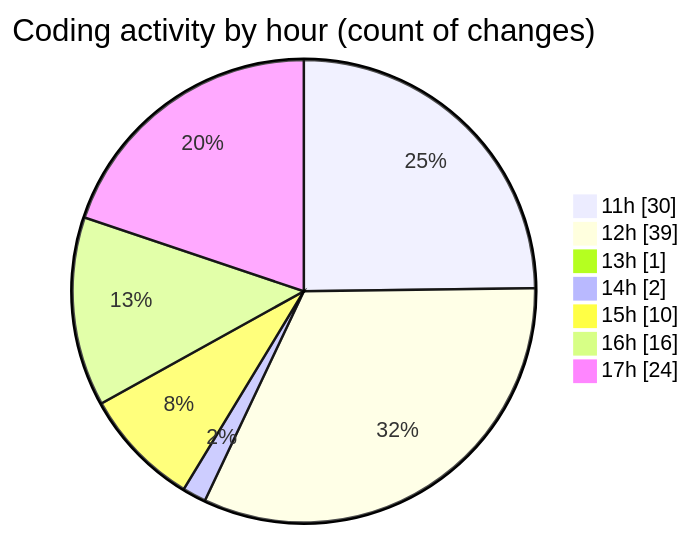
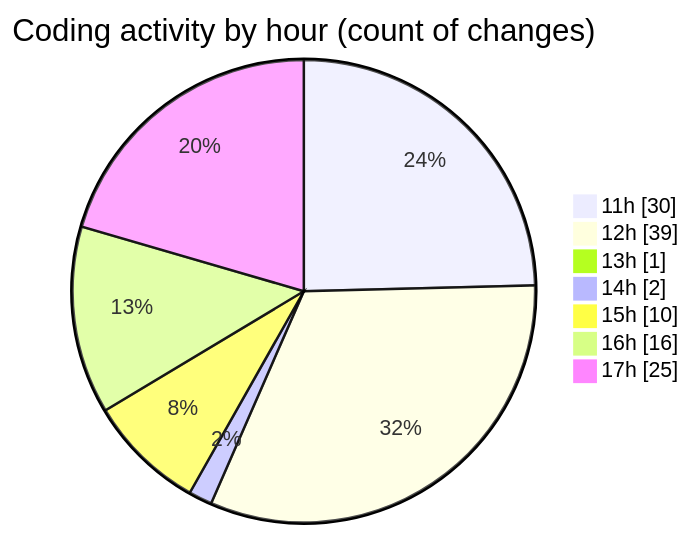
The second of 2 diagrams in 2025-07-13/argos/README.md (nxtqubesakshisongat/code-tracking), drawn with Mermaid before and after one commit. The commit also changed other lines of this file and 1 other file, not shown here.

````diff
--- a/2025-07-13/argos/README.md
+++ b/2025-07-13/argos/README.md
@@ -31,11 +31,11 @@
 ```mermaid
 pie showData
 title Coding activity by hour (count of changes)
 "11h" : 30
 "12h" : 39
 "13h" : 1
 "14h" : 2
 "15h" : 10
 "16h" : 16
-"17h" : 24
+"17h" : 25
 ```
````
